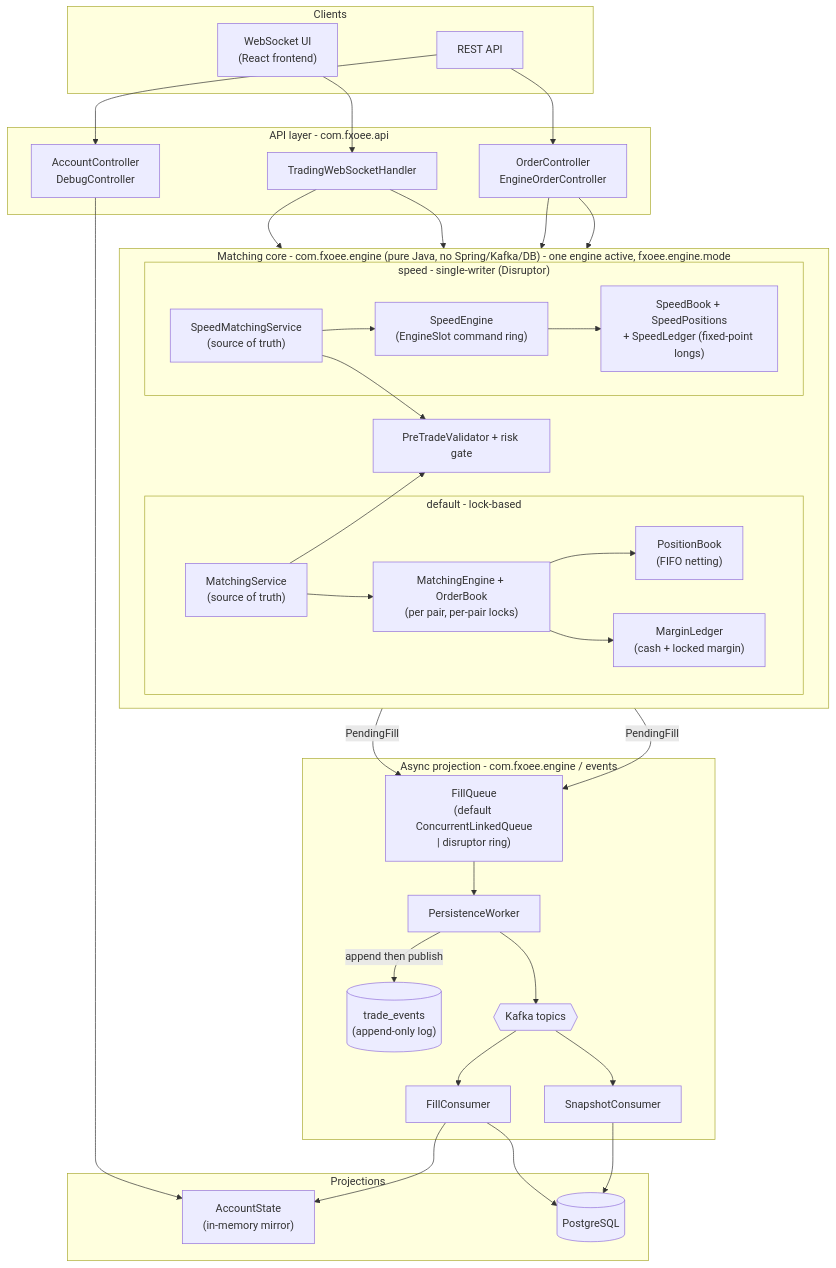
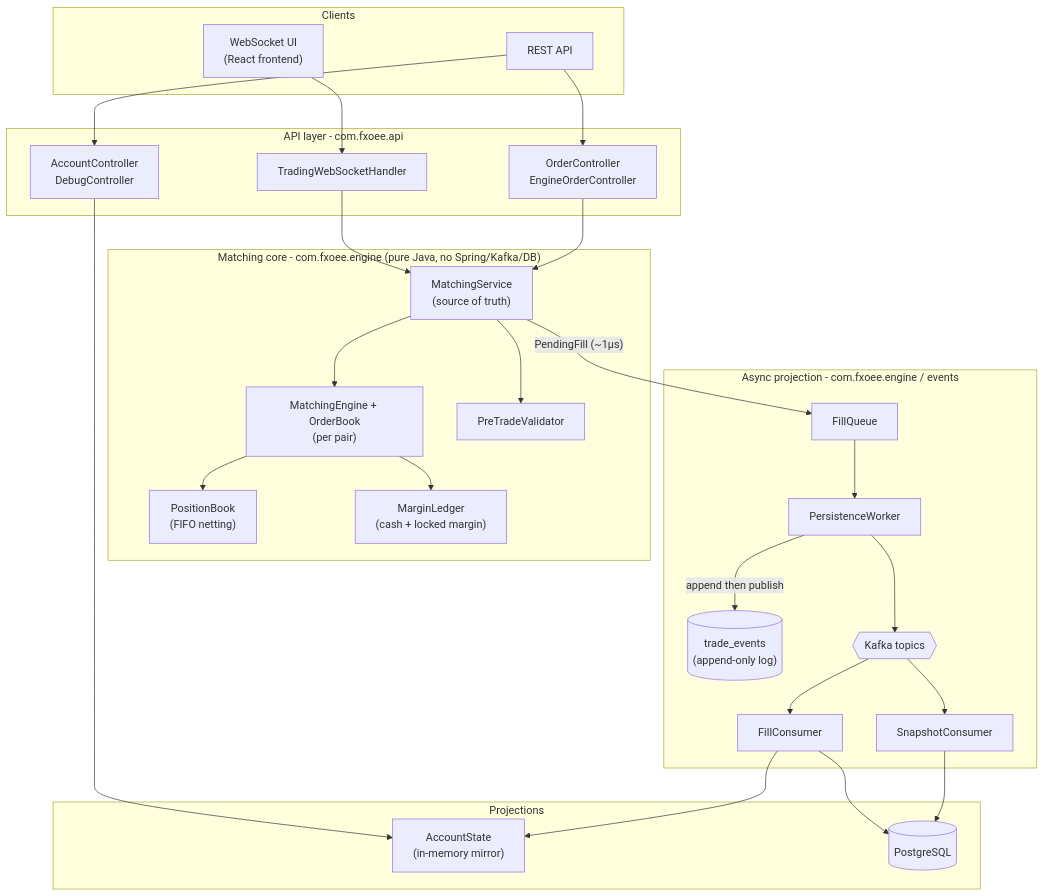
The diagram in README.md (mc139/fx-oee-docs), drawn with Mermaid before and after one commit. The commit also changed other lines of this file and 25 other files, not shown here.

````diff
--- a/README.md
+++ b/README.md
@@ -14,60 +14,48 @@
 ```mermaid
 flowchart TB
     subgraph client["Clients"]
         WS["WebSocket UI<br/>(React frontend)"]
         REST["REST API"]
     end
 
     subgraph api["API layer - com.fxoee.api"]
         OC["OrderController<br/>EngineOrderController"]
         AC["AccountController<br/>DebugController"]
         WSH["TradingWebSocketHandler"]
     end
 
-    subgraph engine["Matching core - com.fxoee.engine (pure Java, no Spring/Kafka/DB) - one engine active, fxoee.engine.mode"]
-        direction LR
-        subgraph def["default - lock-based"]
-            MS["MatchingService<br/>(source of truth)"]
-            ME["MatchingEngine + OrderBook<br/>(per pair, per-pair locks)"]
-            PB["PositionBook<br/>(FIFO netting)"]
-            ML["MarginLedger<br/>(cash + locked margin)"]
-        end
-        subgraph spd["speed - single-writer (Disruptor)"]
-            SMS["SpeedMatchingService<br/>(source of truth)"]
-            SE["SpeedEngine<br/>(EngineSlot command ring)"]
-            SB["SpeedBook + SpeedPositions<br/>+ SpeedLedger (fixed-point longs)"]
-        end
-        PV["PreTradeValidator + risk gate"]
+    subgraph engine["Matching core - com.fxoee.engine (pure Java, no Spring/Kafka/DB)"]
+        MS["MatchingService<br/>(source of truth)"]
+        ME["MatchingEngine + OrderBook<br/>(per pair)"]
+        PB["PositionBook<br/>(FIFO netting)"]
+        ML["MarginLedger<br/>(cash + locked margin)"]
+        PV["PreTradeValidator"]
     end
 
     subgraph async["Async projection - com.fxoee.engine / events"]
-        FQ["FillQueue<br/>(default ConcurrentLinkedQueue<br/>| disruptor ring)"]
+        FQ["FillQueue"]
         PW["PersistenceWorker"]
         LOG[("trade_events<br/>(append-only log)")]
         K{{"Kafka topics"}}
         FC["FillConsumer"]
         SC["SnapshotConsumer"]
     end
 
     subgraph stores["Projections"]
         AS["AccountState<br/>(in-memory mirror)"]
         DB[("PostgreSQL")]
     end
 
     WS --> WSH
     REST --> OC & AC
-    WSH --> MS & SMS
-    OC --> MS & SMS
+    WSH --> MS
+    OC --> MS
     AC --> AS
     MS --> ME --> PB & ML
-    SMS --> SE --> SB
     MS --> PV
-    SMS --> PV
-    MS -- "PendingFill" --> FQ
-    SMS -- "PendingFill" --> FQ
-    FQ --> PW
+    MS -- "PendingFill (~1µs)" --> FQ --> PW
     PW -- "append then publish" --> LOG
     PW --> K
     K --> FC --> DB & AS
     K --> SC --> DB
 ```
````
